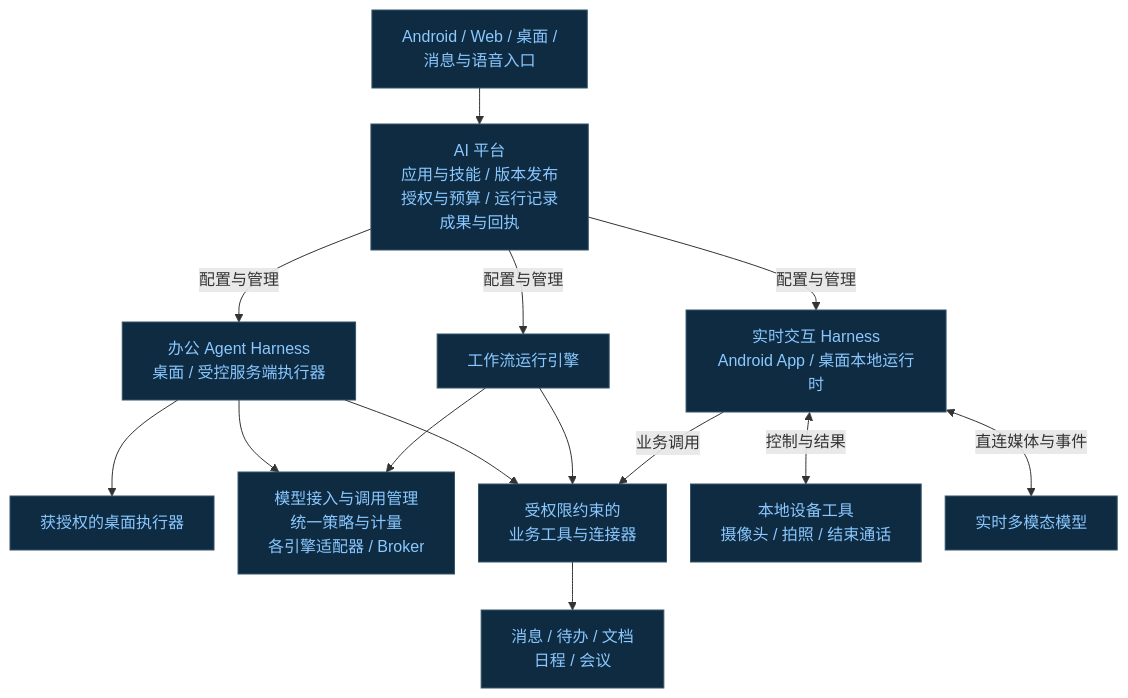
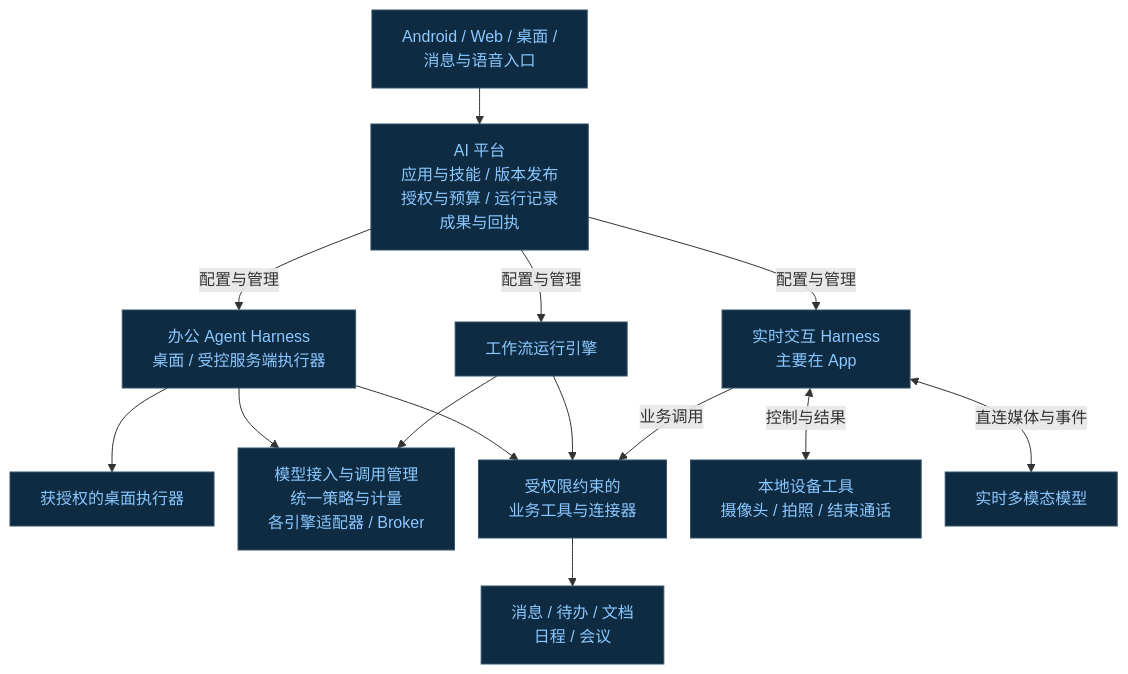
The third of 14 diagrams in docs/plan/enterprise-ai-platform-design-2026-10-11.md (John-Shao/we-meet), drawn with Mermaid before and after one commit. The commit also changed other lines of this file and 1 other file, not shown here.

First line of the commit message:
📝(docs) keep desktop realtime harness selection in research

````diff
--- a/docs/plan/enterprise-ai-platform-design-2026-10-11.md
+++ b/docs/plan/enterprise-ai-platform-design-2026-10-11.md
@@ -367,38 +363,38 @@
 ```mermaid
 ---
 config:
     flowchart:
         useMaxWidth: true
         nodeSpacing: 24
         rankSpacing: 36
 ---
 flowchart TB
     Entry["Android / Web / 桌面 /<br/>消息与语音入口"]
     Platform["AI 平台<br/>应用与技能 / 版本发布<br/>授权与预算 / 运行记录<br/>成果与回执"]
     Office["办公 Agent Harness<br/>桌面 / 受控服务端执行器"]
     Workflow["工作流运行引擎"]
-    Realtime["实时交互 Harness<br/>Android App / 桌面本地运行时"]
+    Realtime["实时交互 Harness<br/>主要在 App"]
     Desktop["获授权的桌面执行器"]
     ModelAccess["模型接入与调用管理<br/>统一策略与计量<br/>各引擎适配器 / Broker"]
     Tools["受权限约束的<br/>业务工具与连接器"]
     DeviceTools["本地设备工具<br/>摄像头 / 拍照 / 结束通话"]
     Business["消息 / 待办 / 文档<br/>日程 / 会议"]
     RealtimeModel["实时多模态模型"]
 
     Entry --> Platform
     Platform -->|配置与管理| Office
     Platform -->|配置与管理| Workflow
     Platform -->|配置与管理| Realtime
     Office --> Desktop
     Office --> ModelAccess
     Office --> Tools
     Workflow --> ModelAccess
     Workflow --> Tools
     Realtime -->|业务调用| Tools
     Realtime <-->|控制与结果| DeviceTools
     Tools --> Business
     Realtime <-->|直连媒体与事件| RealtimeModel
 
     classDef platformNode fill:#0f2b42,stroke:#355569,color:#8ac8ff
     class Entry,Platform,Office,Workflow,Realtime,Desktop,ModelAccess,Tools,DeviceTools,Business,RealtimeModel platformNode
 ```
````
